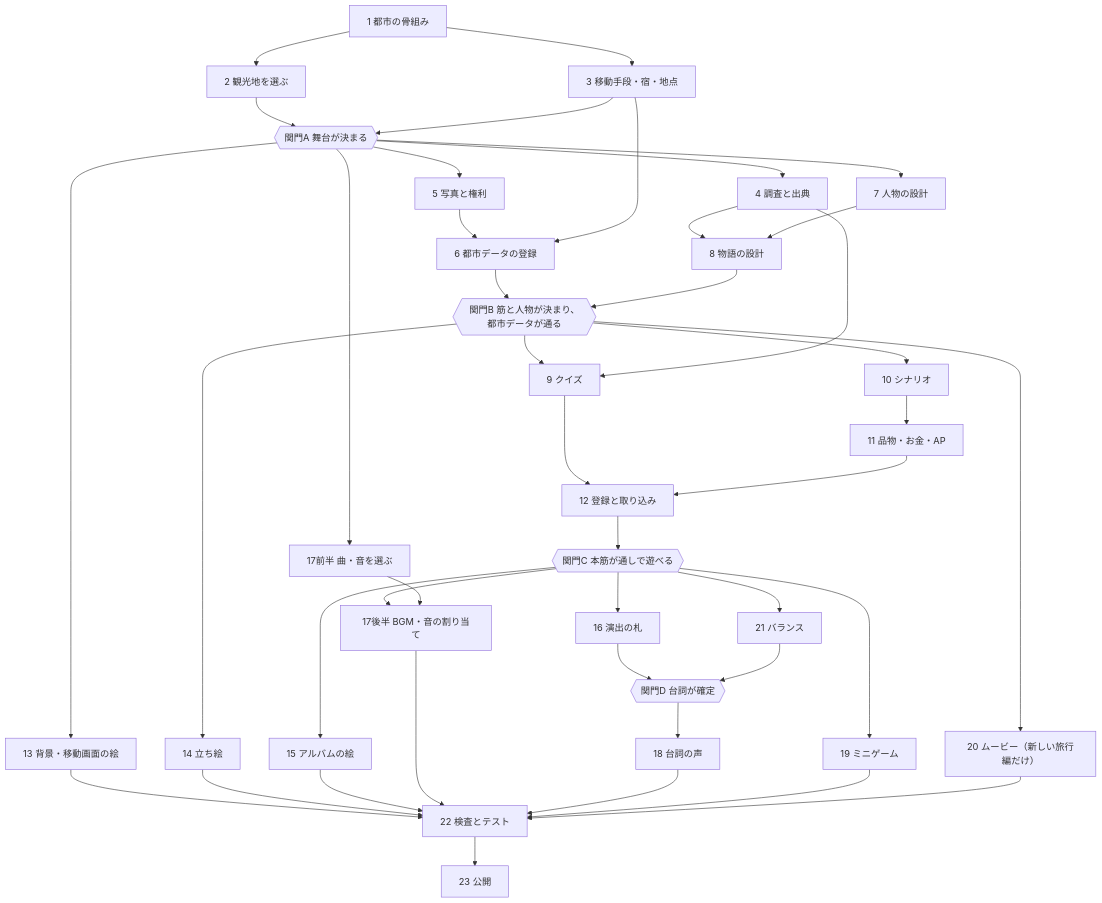
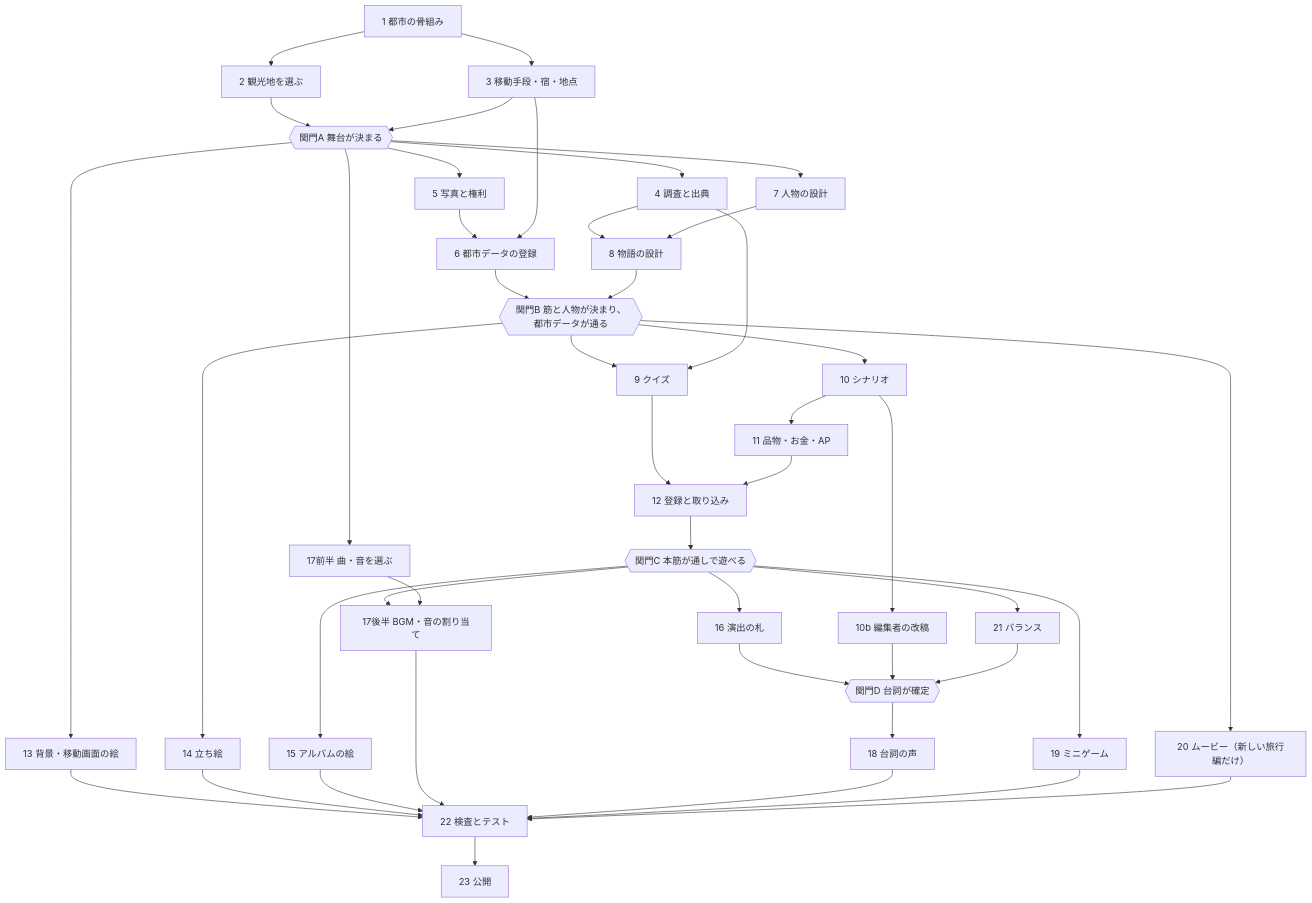
Before and after one commit to nagaihimitsu/dreamscape: the diagram in authoring/NEW_CITY_GUIDE.md, drawn with Mermaid. The commit also changed other lines of this file and 35 other files, not shown here.

````diff
--- a/authoring/NEW_CITY_GUIDE.md
+++ b/authoring/NEW_CITY_GUIDE.md
@@ -556,44 +566,46 @@
 ```mermaid
 flowchart TD
   S1["1 都市の骨組み"] --> S2["2 観光地を選ぶ"]
   S1 --> S3["3 移動手段・宿・地点"]
   S2 --> GA{{"関門A 舞台が決まる"}}
   S3 --> GA
   GA --> S4["4 調査と出典"]
   GA --> S5["5 写真と権利"]
   GA --> S7["7 人物の設計"]
   GA --> S13["13 背景・移動画面の絵"]
   GA --> S17a["17前半 曲・音を選ぶ"]
   S5 --> S6["6 都市データの登録"]
   S3 --> S6
   S4 --> S8["8 物語の設計"]
   S7 --> S8
   S6 --> GB{{"関門B 筋と人物が決まり、都市データが通る"}}
   S8 --> GB
   GB --> S9["9 クイズ"]
   GB --> S10["10 シナリオ"]
+  S10 --> S10b["10b 編集者の改稿"]
   GB --> S14["14 立ち絵"]
   GB --> S20["20 ムービー（新しい旅行編だけ）"]
   S4 --> S9
   S10 --> S11["11 品物・お金・AP"]
   S9 --> S12["12 登録と取り込み"]
   S11 --> S12
   S12 --> GC{{"関門C 本筋が通しで遊べる"}}
   GC --> S15["15 アルバムの絵"]
   GC --> S16["16 演出の札"]
   GC --> S17b["17後半 BGM・音の割り当て"]
   GC --> S19["19 ミニゲーム"]
   GC --> S21["21 バランス"]
   S16 --> GD{{"関門D 台詞が確定"}}
+  S10b --> GD
   S21 --> GD
   GD --> S18["18 台詞の声"]
   S13 --> S22["22 検査とテスト"]
   S14 --> S22
   S15 --> S22
   S17a --> S17b
   S17b --> S22
   S18 --> S22
   S19 --> S22
   S20 --> S22
   S22 --> S23["23 公開"]
 ```
````
